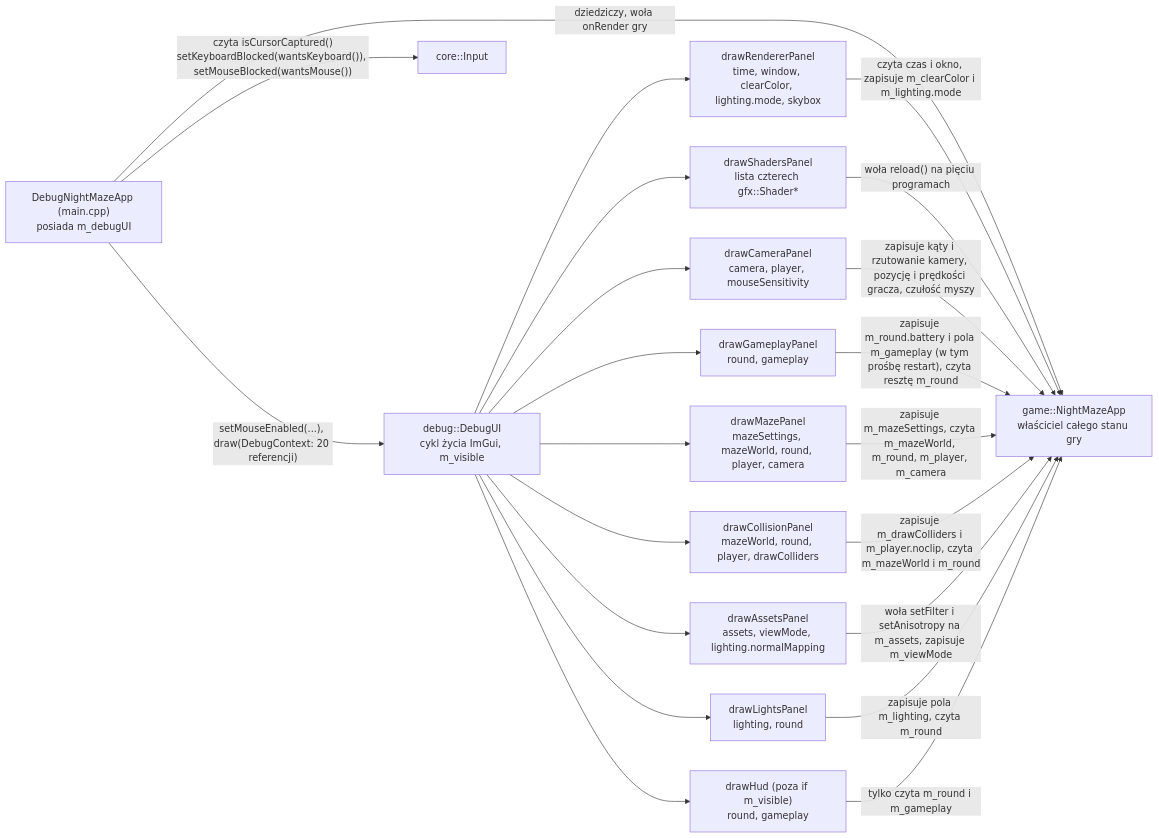
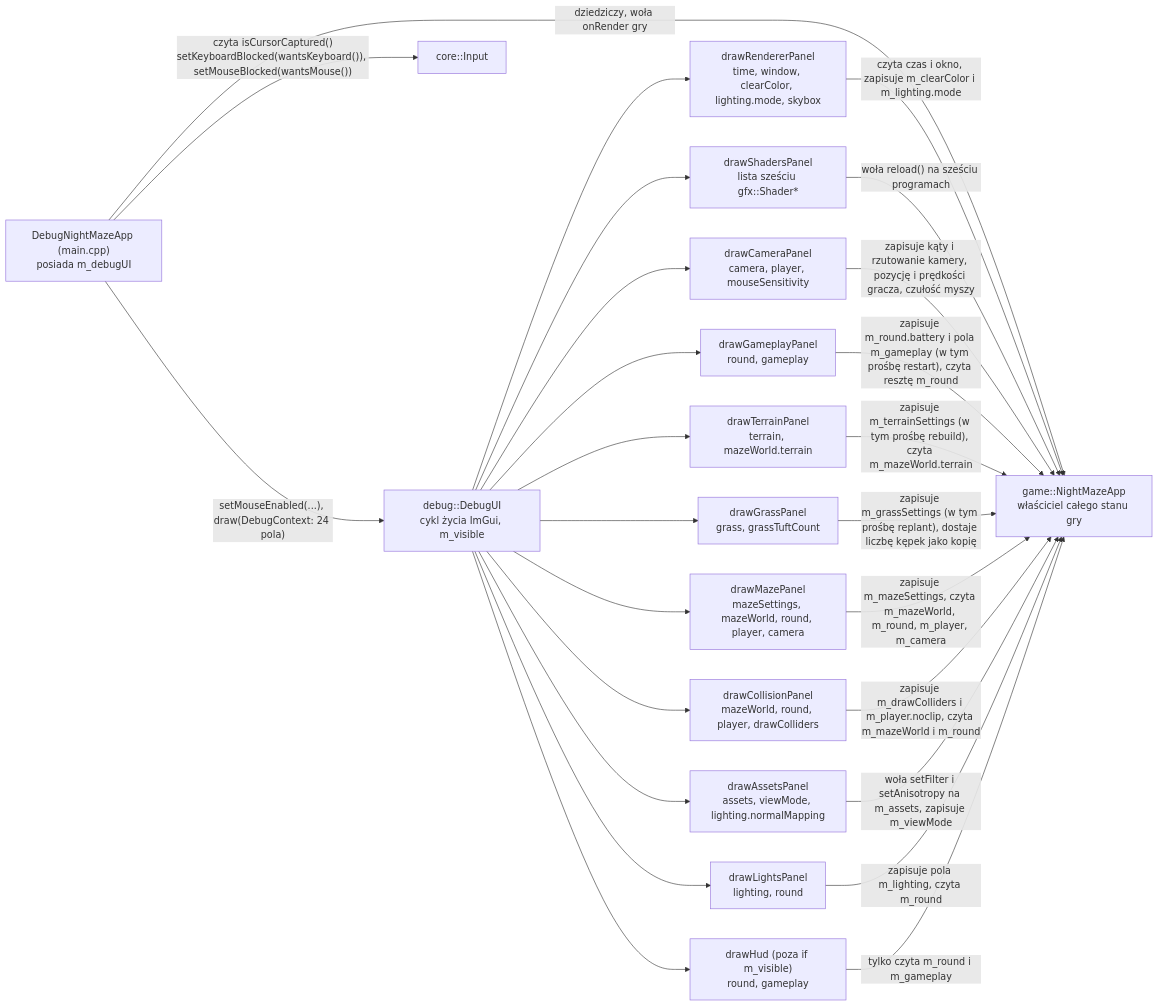
The second of 2 diagrams in docs/modules/debug-ui.md (Shironex/night-maze), drawn with Mermaid before and after one commit. The commit also changed other lines of this file and 32 other files, not shown here.

Commit message:
feat(game): grow grass tufts along the walls in a geometry shader

````diff
--- a/docs/modules/debug-ui.md
+++ b/docs/modules/debug-ui.md
@@ -201,24 +205,28 @@
 ```mermaid
 flowchart LR
-    Main["DebugNightMazeApp (main.cpp)<br/>posiada m_debugUI"] -->|"setMouseEnabled(...), draw(DebugContext: 20 referencji)"| UI["debug::DebugUI<br/>cykl życia ImGui, m_visible"]
+    Main["DebugNightMazeApp (main.cpp)<br/>posiada m_debugUI"] -->|"setMouseEnabled(...), draw(DebugContext: 24 pola)"| UI["debug::DebugUI<br/>cykl życia ImGui, m_visible"]
     Main -->|"dziedziczy, woła onRender gry"| Game["game::NightMazeApp<br/>właściciel całego stanu gry"]
     Main -->|"czyta isCursorCaptured()<br/>setKeyboardBlocked(wantsKeyboard()), setMouseBlocked(wantsMouse())"| In["core::Input"]
     UI --> RP["drawRendererPanel<br/>time, window, clearColor, lighting.mode, skybox"]
-    UI --> SP["drawShadersPanel<br/>lista czterech gfx::Shader*"]
+    UI --> SP["drawShadersPanel<br/>lista sześciu gfx::Shader*"]
     UI --> CP["drawCameraPanel<br/>camera, player, mouseSensitivity"]
     UI --> GP["drawGameplayPanel<br/>round, gameplay"]
+    UI --> TP["drawTerrainPanel<br/>terrain, mazeWorld.terrain"]
+    UI --> GR["drawGrassPanel<br/>grass, grassTuftCount"]
     UI --> MP["drawMazePanel<br/>mazeSettings, mazeWorld, round, player, camera"]
     UI --> CO["drawCollisionPanel<br/>mazeWorld, round, player, drawColliders"]
     UI --> AP["drawAssetsPanel<br/>assets, viewMode, lighting.normalMapping"]
     UI --> LP["drawLightsPanel<br/>lighting, round"]
     UI --> HUD["drawHud (poza if m_visible)<br/>round, gameplay"]
     RP -->|"czyta czas i okno, zapisuje m_clearColor i m_lighting.mode"| Game
-    SP -->|"woła reload() na pięciu programach"| Game
+    SP -->|"woła reload() na sześciu programach"| Game
     CP -->|"zapisuje kąty i rzutowanie kamery, pozycję i prędkości gracza, czułość myszy"| Game
     GP -->|"zapisuje m_round.battery i pola m_gameplay (w tym prośbę restart), czyta resztę m_round"| Game
+    TP -->|"zapisuje m_terrainSettings (w tym prośbę rebuild), czyta m_mazeWorld.terrain"| Game
+    GR -->|"zapisuje m_grassSettings (w tym prośbę replant), dostaje liczbę kępek jako kopię"| Game
     MP -->|"zapisuje m_mazeSettings, czyta m_mazeWorld, m_round, m_player, m_camera"| Game
     CO -->|"zapisuje m_drawColliders i m_player.noclip, czyta m_mazeWorld i m_round"| Game
     AP -->|"woła setFilter i setAnisotropy na m_assets, zapisuje m_viewMode"| Game
     LP -->|"zapisuje pola m_lighting, czyta m_round"| Game
     HUD -->|"tylko czyta m_round i m_gameplay"| Game
 ```
````
